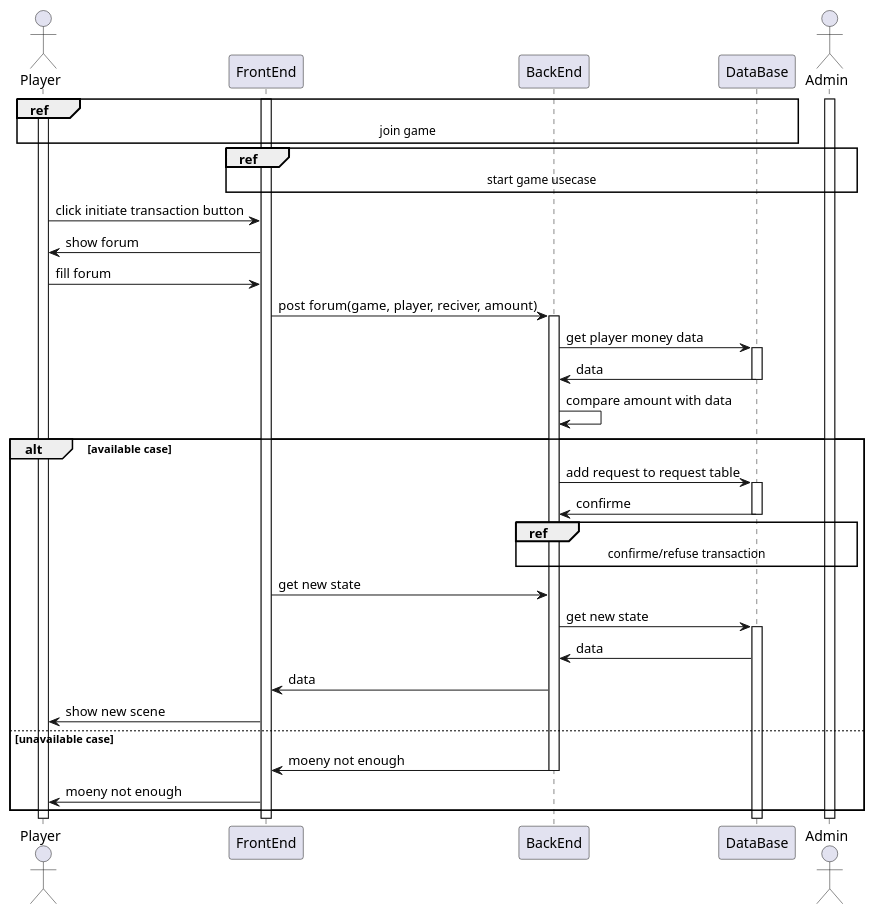
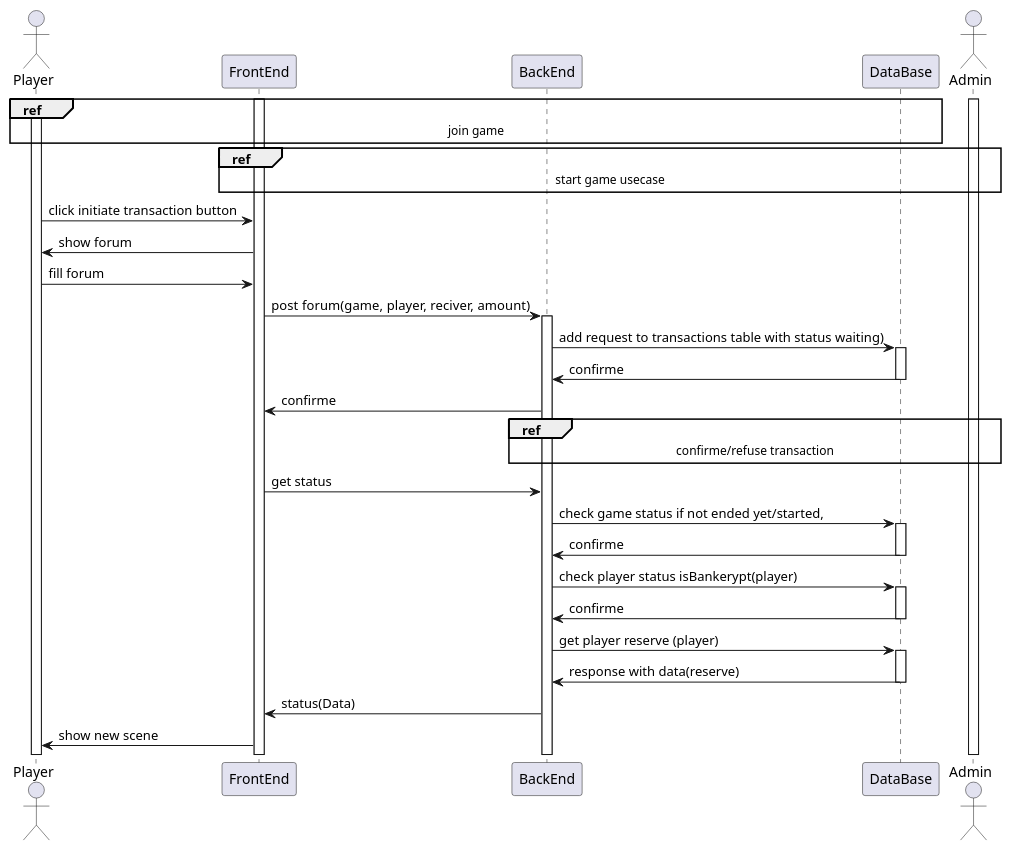
One commit to monoploy-game/design changed the diagram in detailedSDs/player/initiate_transaction.wsd. Above: the diagram before and after it, drawn with PlantUML.

Commit message:
sync with database

```diff
--- a/detailedSDs/player/initiate_transaction.wsd
+++ b/detailedSDs/player/initiate_transaction.wsd
@@ -1,53 +1,53 @@
 @startuml
 
 actor Player
 
 Activate Player
 Activate FrontEnd
 
 ref over Player, FrontEnd, BackEnd, DataBase : join game
 
 actor Admin
 Activate Admin
 ref over Admin, FrontEnd, BackEnd, DataBase : start game usecase
 
 Player -> FrontEnd : click initiate transaction button
 FrontEnd -> Player : show forum
 Player -> FrontEnd : fill forum
 FrontEnd -> BackEnd : post forum(game, player, reciver, amount)
 Activate BackEnd
 
-BackEnd -> DataBase : get player money data
+BackEnd -> DataBase : add request to transactions table with status waiting)
 Activate DataBase
-
-DataBase -> BackEnd : data
+DataBase -> BackEnd : confirme
 deactivate DataBase
 
-BackEnd -> BackEnd : compare amount with data
+BackEnd -> FrontEnd : confirme
 
-alt available case
-    BackEnd -> DataBase : add request to request table
-    Activate DataBase
+ref over Admin, BackEnd, DataBase : confirme/refuse transaction
 
-    DataBase -> BackEnd : confirme
-    deactivate DataBase
+FrontEnd -> BackEnd : get status
+BackEnd -> DataBase : check game status if not ended yet/started, 
+activate DataBase
 
-    ref over Admin, BackEnd, DataBase : confirme/refuse transaction
+DataBase -> BackEnd : confirme
+deactivate DataBase
 
-    FrontEnd -> BackEnd : get new state
-    BackEnd -> DataBase : get new state
-    activate DataBase
+BackEnd -> DataBase : check player status isBankerypt(player)
+activate DataBase
 
-    DataBase -> BackEnd : data
-    BackEnd -> FrontEnd : data
-    FrontEnd -> Player : show new scene
+DataBase -> BackEnd : confirme
+deactivate DataBase
 
-else unavailable case
-    BackEnd -> FrontEnd : moeny not enough
-    deactivate BackEnd
+BackEnd -> DataBase : get player reserve (player)
+activate DataBase
 
-    FrontEnd -> Player : moeny not enough
-end
+DataBase -> BackEnd : response with data(reserve)
+deactivate DataBase
+
+BackEnd -> FrontEnd : status(Data)
+FrontEnd -> Player : show new scene
+
 
 
 @enduml
```
